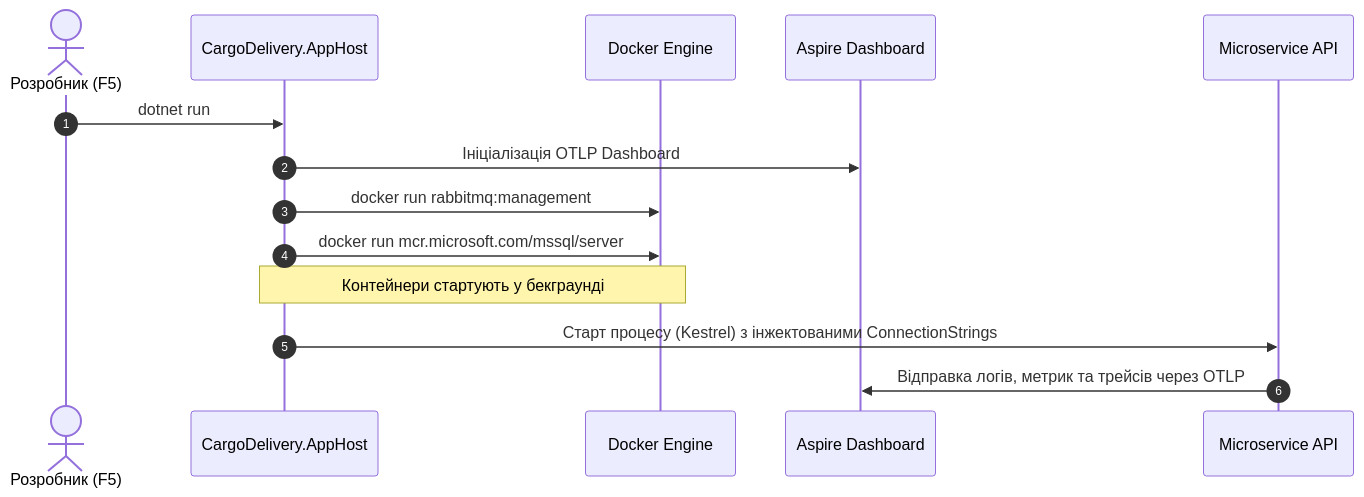
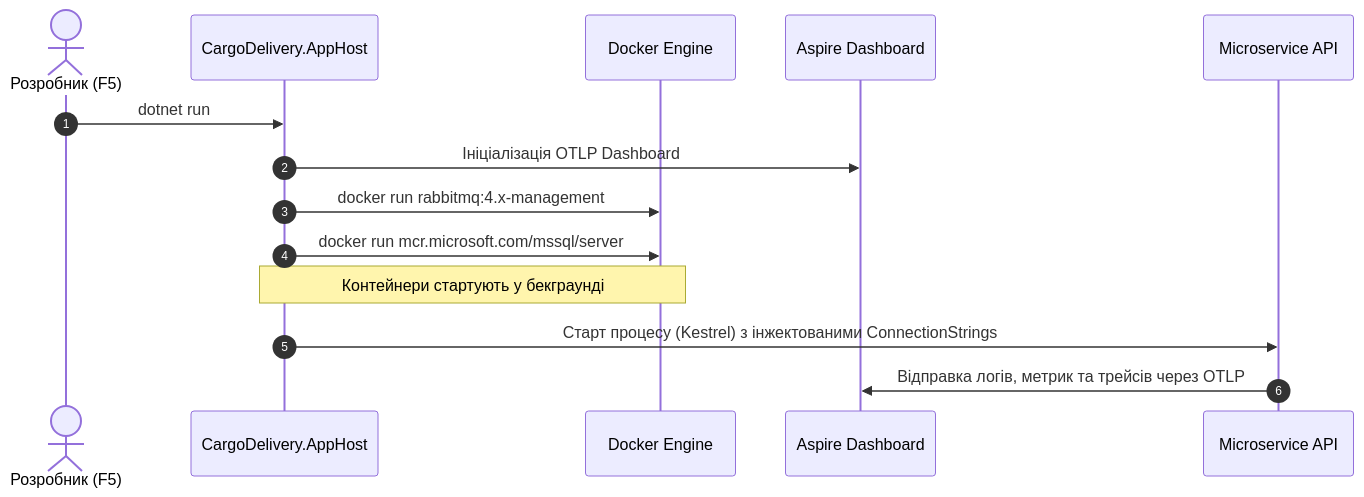
Before and after one commit to MrTomkaYurii/Demo-CargoDeliveryService: the second of 8 diagrams in 02-Microservices-Craftsman/02-01-Aspire-Documentation/02-01-Aspire-MasterClass.md, drawn with Mermaid. The commit also changed other lines of this file and 227 other files, not shown here.

````diff
--- a/02-Microservices-Craftsman/02-01-Aspire-Documentation/02-01-Aspire-MasterClass.md
+++ b/02-Microservices-Craftsman/02-01-Aspire-Documentation/02-01-Aspire-MasterClass.md
@@ -222,17 +250,17 @@
 ```mermaid
 sequenceDiagram
     autonumber
     actor Dev as Розробник (F5)
     participant Host as CargoDelivery.AppHost
     participant Engine as Docker Engine
     participant Dash as Aspire Dashboard
     participant API as Microservice API
 
     Dev->>Host: dotnet run
     Host->>Dash: Ініціалізація OTLP Dashboard
-    Host->>Engine: docker run rabbitmq:management
+    Host->>Engine: docker run rabbitmq:4.x-management
     Host->>Engine: docker run mcr.microsoft.com/mssql/server
     Note over Host,Engine: Контейнери стартують у бекграунді
     Host->>API: Старт процесу (Kestrel) з інжектованими ConnectionStrings
     API->>Dash: Відправка логів, метрик та трейсів через OTLP
 ```
````
